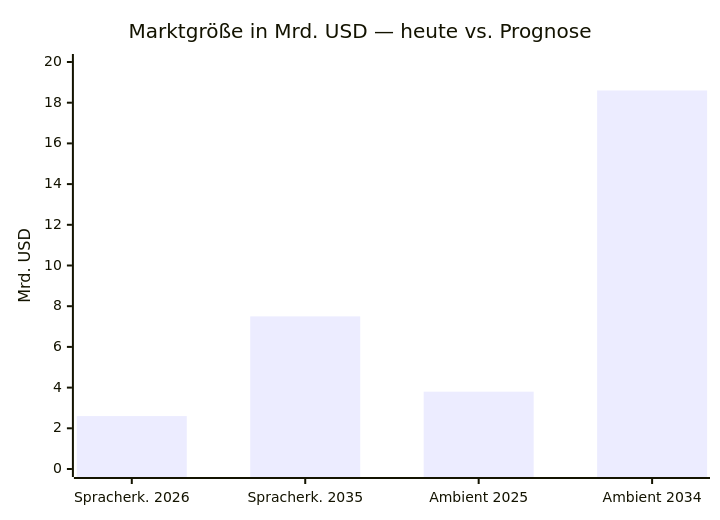
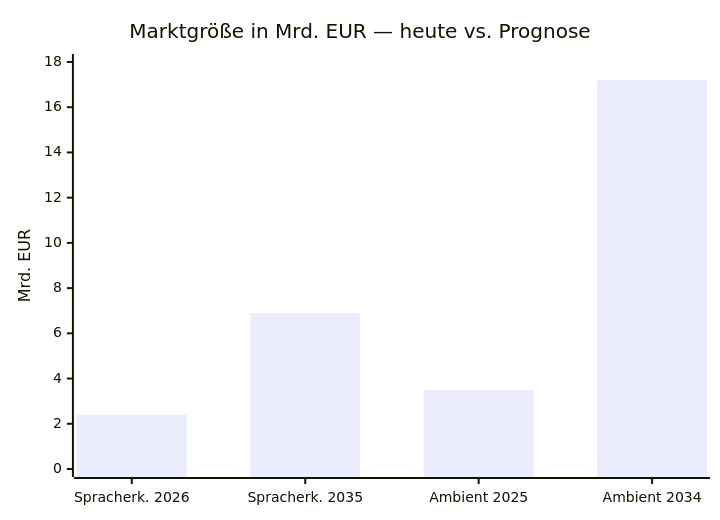
One commit to Sebastianue/hallo-github changed the second of 2 diagrams in gf-folie-wettbewerb.md. Above: the diagram before and after it, drawn with Mermaid. The commit also changed other lines of this file and 8 other files, not shown here.

````diff
--- a/gf-folie-wettbewerb.md
+++ b/gf-folie-wettbewerb.md
@@ -51,7 +51,7 @@
 ```mermaid
 xychart-beta
-    title "Marktgröße in Mrd. USD — heute vs. Prognose"
+    title "Marktgröße in Mrd. EUR — heute vs. Prognose"
     x-axis ["Spracherk. 2026", "Spracherk. 2035", "Ambient 2025", "Ambient 2034"]
-    y-axis "Mrd. USD" 0 --> 20
-    bar [2.6, 7.5, 3.8, 18.6]
+    y-axis "Mrd. EUR" 0 --> 18
+    bar [2.4, 6.9, 3.5, 17.2]
 ```
````
